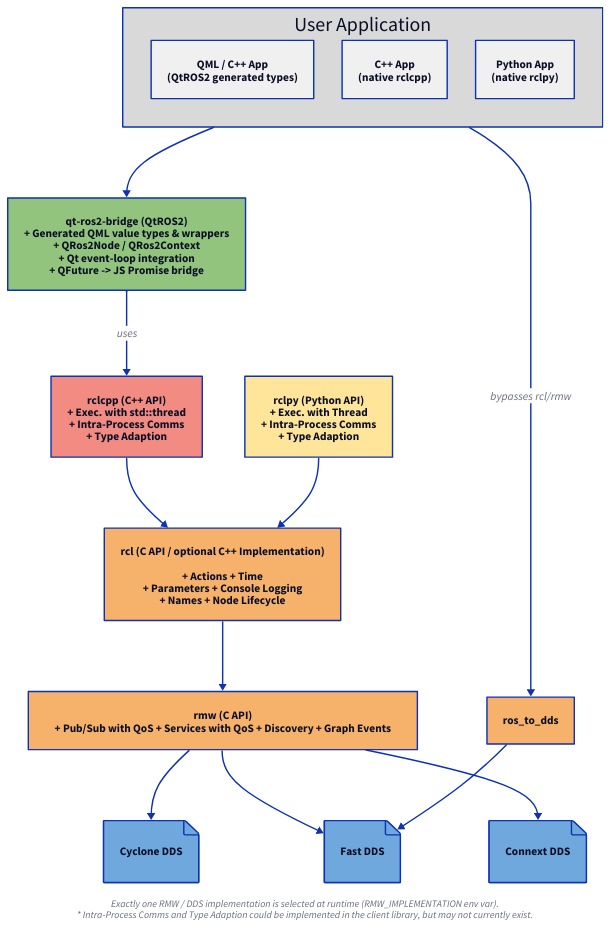
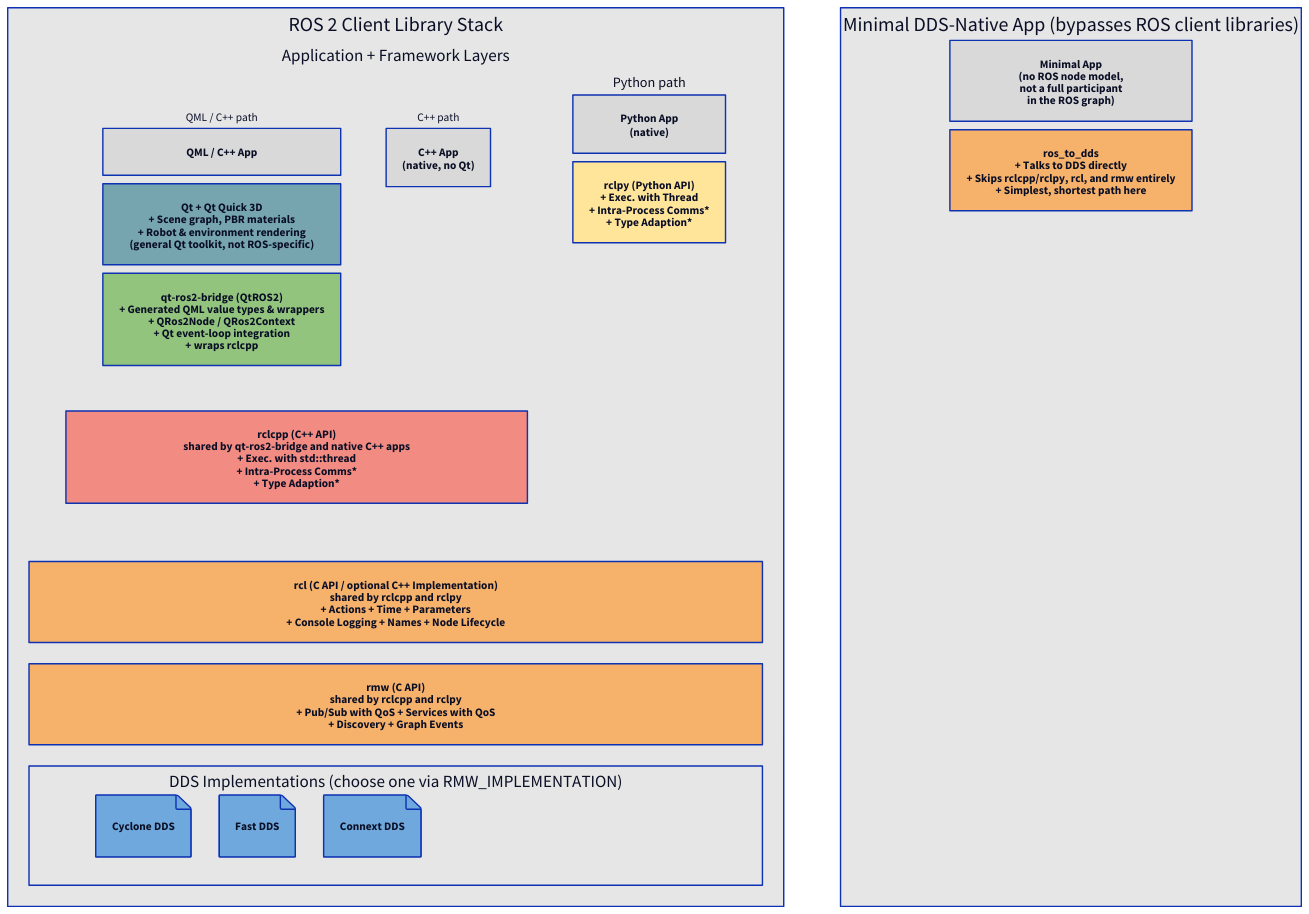
The diagram in presentation/resources/ros_client_library_api_stack_qtros2.d2 (ec1oud/qt-presentations), drawn with D2 before and after one commit. The commit also changed 1 other file, not shown here.

```diff
--- a/presentation/resources/ros_client_library_api_stack_qtros2.d2
+++ b/presentation/resources/ros_client_library_api_stack_qtros2.d2
@@ -1,75 +1,117 @@
-direction: down
+grid-columns: 2
+grid-gap: 80
 
-user_app: "User Application" {
-  style.fill: "#d9d9d9"
-  grid-columns: 3
-  grid-gap: 40
+ROS 2 Client Library Stack: {
+  style.fill: "#e6e6e6"
+  grid-columns: 1
+  grid-gap: 30
 
-  qml_app: "QML / C++ App\n(QtROS2 generated types)" {
-    style.fill: "#f0f0f0"
+  Application + Framework Layers: {
+    style.fill: "transparent"
+    style.stroke: "transparent"
+    grid-columns: 2
+    grid-gap: 40
+
+    C++ Group: {
+      label: ""
+      style.fill: "transparent"
+      style.stroke: "transparent"
+      grid-columns: 1
+      grid-gap: 12
+
+      C++ Apps: {
+        label: ""
+        style.fill: "transparent"
+        style.stroke: "transparent"
+        grid-columns: 2
+        grid-gap: 40
+
+        QML / C++ path: {
+          style.fill: "transparent"
+          style.stroke: "transparent"
+          grid-columns: 1
+          grid-gap: 12
+
+          "QML / C++ App": {
+            style.fill: "#d9d9d9"
+          }
+          "Qt + Qt Quick 3D\n+ Scene graph, PBR materials\n+ Robot & environment rendering\n(general Qt toolkit, not ROS-specific)": {
+            style.fill: "#76a5af"
+          }
+          "qt-ros2-bridge (QtROS2)\n+ Generated QML value types & wrappers\n+ QRos2Node / QRos2Context\n+ Qt event-loop integration\n+ wraps rclcpp": {
+            style.fill: "#93c47d"
+          }
+        }
+
+        C++ path: {
+          style.fill: "transparent"
+          style.stroke: "transparent"
+          grid-columns: 1
+          grid-gap: 12
+
+          "C++ App\n(native, no Qt)": {
+            style.fill: "#d9d9d9"
+          }
+        }
+      }
+
+      "rclcpp (C++ API)\nshared by qt-ros2-bridge and native C++ apps\n+ Exec. with std::thread\n+ Intra-Process Comms*\n+ Type Adaption*": {
+        style.fill: "#f28b82"
+      }
+    }
+
+    Python path: {
+      style.fill: "transparent"
+      style.stroke: "transparent"
+      grid-columns: 1
+      grid-gap: 12
+
+      "Python App\n(native)": {
+        style.fill: "#d9d9d9"
+      }
+      "rclpy (Python API)\n+ Exec. with Thread\n+ Intra-Process Comms*\n+ Type Adaption*": {
+        style.fill: "#ffe599"
+      }
+    }
   }
-  cpp_app: "C++ App\n(native rclcpp)" {
-    style.fill: "#f0f0f0"
+
+  "rcl (C API / optional C++ Implementation)\nshared by rclcpp and rclpy\n+ Actions + Time + Parameters\n+ Console Logging + Names + Node Lifecycle": {
+    style.fill: "#f6b26b"
   }
-  py_app: "Python App\n(native rclpy)" {
-    style.fill: "#f0f0f0"
+
+  "rmw (C API)\nshared by rclcpp and rclpy\n+ Pub/Sub with QoS + Services with QoS\n+ Discovery + Graph Events": {
+    style.fill: "#f6b26b"
+  }
+
+  DDS Implementations (choose one via RMW_IMPLEMENTATION): {
+    style.fill: "#e6e6e6"
+    grid-columns: 3
+    grid-gap: 40
+
+    "Cyclone DDS": {
+      shape: page
+      style.fill: "#6fa8dc"
+    }
+    "Fast DDS": {
+      shape: page
+      style.fill: "#6fa8dc"
+    }
+    "Connext DDS": {
+      shape: page
+      style.fill: "#6fa8dc"
+    }
   }
 }
 
-qtros2: "qt-ros2-bridge (QtROS2)\n+ Generated QML value types & wrappers\n+ QRos2Node / QRos2Context\n+ Qt event-loop integration\n+ QFuture -> JS Promise bridge" {
-  style.fill: "#93c47d"
+Minimal DDS-Native App (bypasses ROS client libraries): {
+  style.fill: "#e6e6e6"
+  grid-columns: 1
+  grid-gap: 12
+
+  "Minimal App\n(no ROS node model,\nnot a full participant\nin the ROS graph)": {
+    style.fill: "#d9d9d9"
+  }
+  "ros_to_dds\n+ Talks to DDS directly\n+ Skips rclcpp/rclpy, rcl, and rmw entirely\n+ Simplest, shortest path here": {
+    style.fill: "#f6b26b"
+  }
 }
-
-rclcpp: "rclcpp (C++ API)\n+ Exec. with std::thread\n+ Intra-Process Comms\n+ Type Adaption" {
-  style.fill: "#f28b82"
-}
-
-rclpy: "rclpy (Python API)\n+ Exec. with Thread\n+ Intra-Process Comms\n+ Type Adaption" {
-  style.fill: "#ffe599"
-}
-
-rcl: "rcl (C API / optional C++ Implementation)\n\n+ Actions        + Time\n+ Parameters     + Console Logging\n+ Names          + Node Lifecycle" {
-  style.fill: "#f6b26b"
-}
-
-rmw: "rmw (C API)\n+ Pub/Sub with QoS    + Services with QoS    + Discovery    + Graph Events" {
-  style.fill: "#f6b26b"
-}
-
-cyclone: "Cyclone DDS" {
-  shape: page
-  style.fill: "#6fa8dc"
-}
-fastdds: "Fast DDS" {
-  shape: page
-  style.fill: "#6fa8dc"
-}
-connext: "Connext DDS" {
-  shape: page
-  style.fill: "#6fa8dc"
-}
-
-ros_to_dds: "ros_to_dds" {
-  style.fill: "#f6b26b"
-}
-
-footnote: "Exactly one RMW / DDS implementation is selected at runtime (RMW_IMPLEMENTATION env var).\n* Intra-Process Comms and Type Adaption could be implemented in the client library, but may not currently exist." {
-  shape: text
-  near: bottom-center
-  style.italic: true
-  style.font-size: 14
-}
-
-user_app -> qtros2
-qtros2 -> rclcpp: uses
-
-rclcpp -> rcl
-rclpy -> rcl
-rcl -> rmw
-
-rmw -> cyclone
-rmw -> fastdds
-rmw -> connext
-
-user_app -> ros_to_dds: "bypasses rcl/rmw"
-ros_to_dds -> fastdds
```
